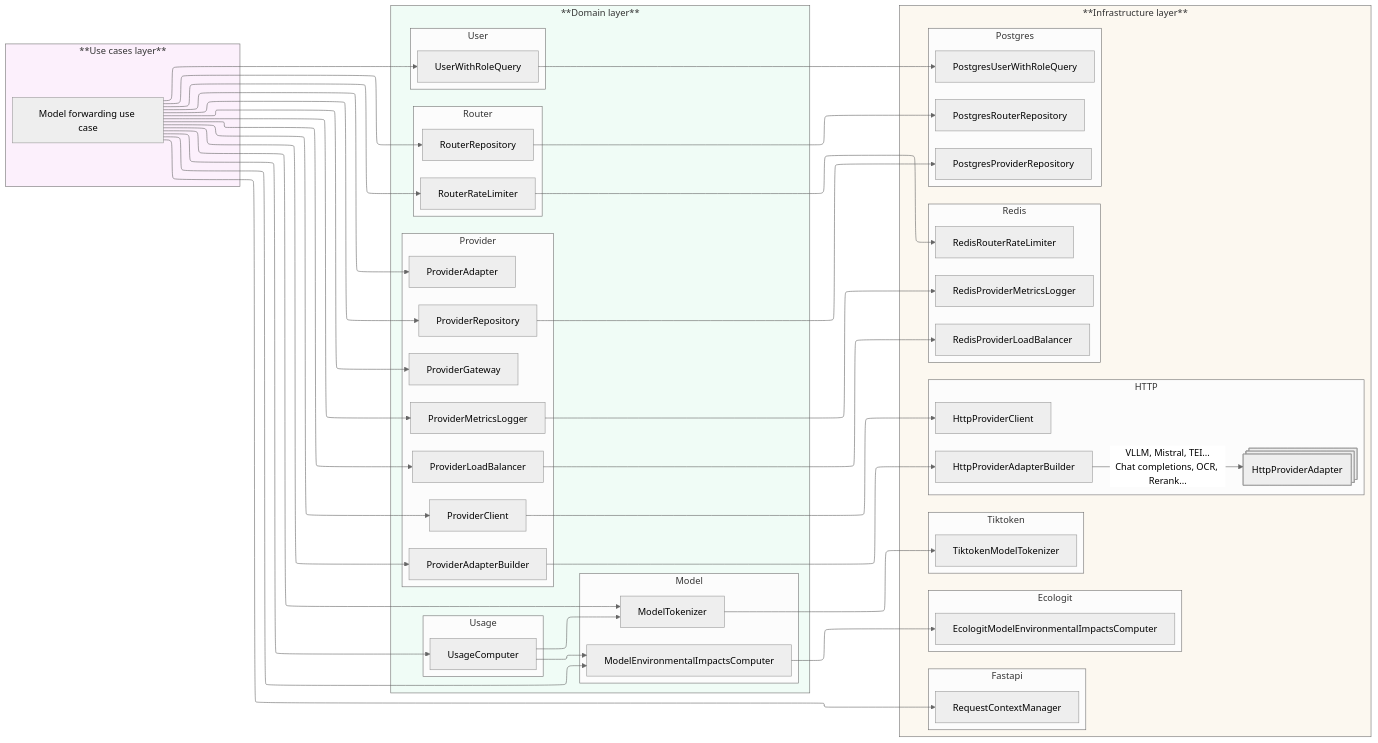
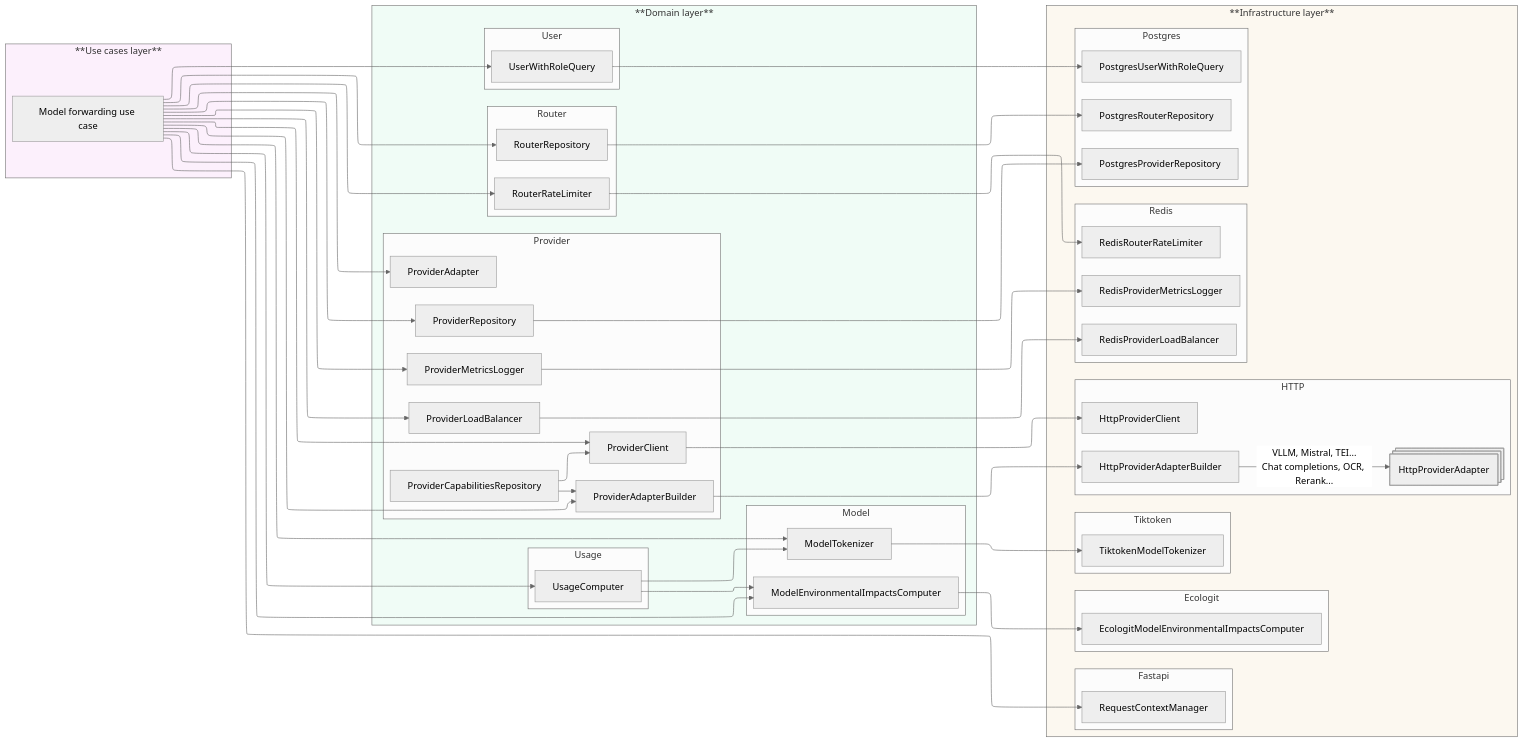
The third of 3 diagrams in adr/2026-05-28-refactoring-model-forwarding.md (etalab-ia/OpenGateLLM), drawn with Mermaid (neutral theme) before and after one commit. The commit also changed other lines of this file, not shown here.

Commit message:
docs(adr): replace ProviderGateway with ProviderCapabilitiesRepository

```diff
--- a/adr/2026-05-28-refactoring-model-forwarding.md
+++ b/adr/2026-05-28-refactoring-model-forwarding.md
@@ -134,7 +135,7 @@
         provider_adapter_builder[ProviderAdapterBuilder]
         provider_adapter[ProviderAdapter]
         provider_repository[ProviderRepository]
-        provider_gateway[ProviderGateway]
+        provider_capabilities_repository[ProviderCapabilitiesRepository]
         provider_load_balancer[ProviderLoadBalancer]
         provider_client[ProviderClient]
         provider_metrics_logger[ProviderMetricsLogger]
@@ -187,7 +188,6 @@
 use_case --> provider_repository
 use_case --> provider_adapter_builder
 use_case --> provider_adapter
-use_case --> provider_gateway
 use_case --> provider_load_balancer
 use_case --> provider_client
 use_case --> provider_metrics_logger
@@ -197,6 +197,8 @@
 use_case --> usage_computer
 usage_computer --> model_environmental_impacts_computer
 usage_computer --> model_tokenizer
+provider_capabilities_repository --> provider_client
+provider_capabilities_repository --> provider_adapter_builder
 
 
 
```
